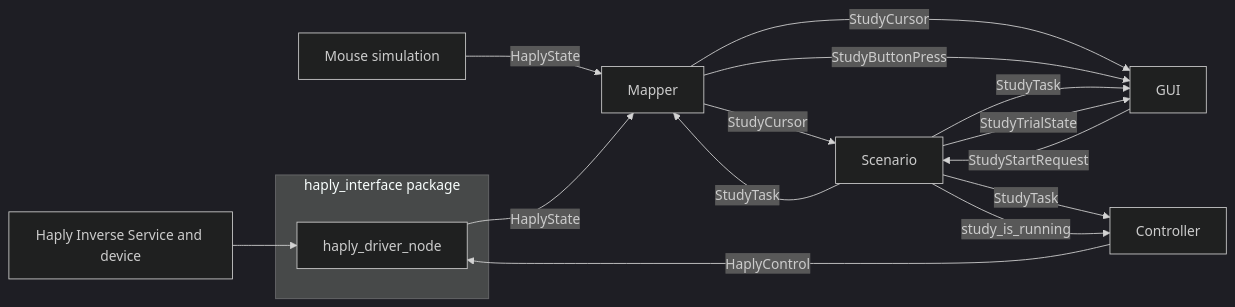
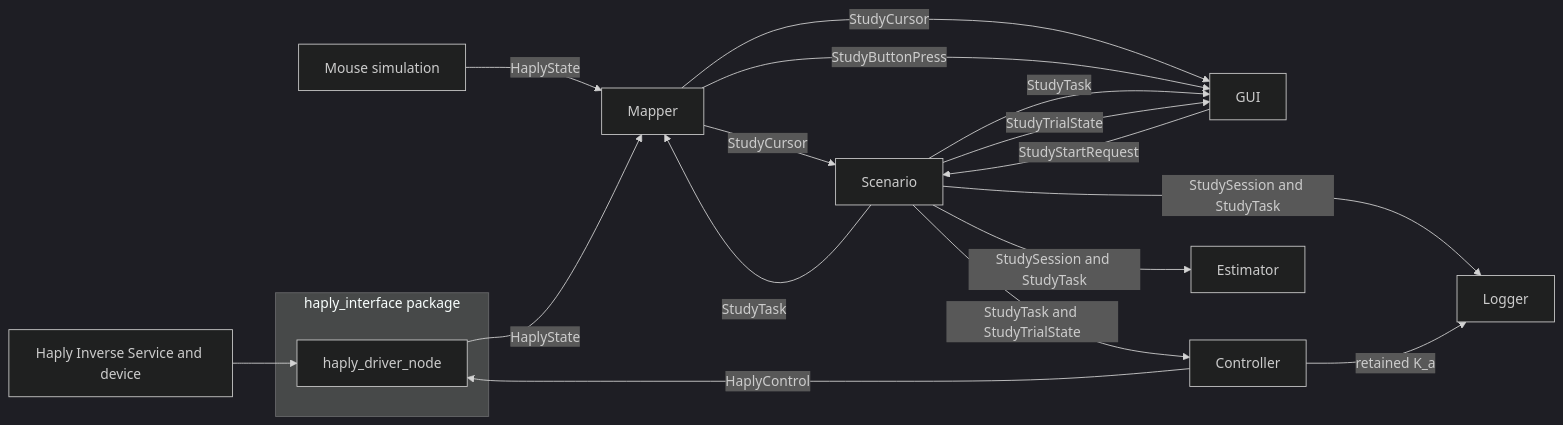
The diagram in src/README.md (ltorquato4/HaplyAdaptiveSharedControl), drawn with Mermaid (dark theme) before and after one commit. The commit also changed other lines of this file and 78 other files, not shown here.

First line of the commit message:
Harden controller lifecycle and add reproducible study analysis (#66)

````diff
--- a/src/README.md
+++ b/src/README.md
@@ -21,19 +23,21 @@
 ```mermaid
 flowchart LR
     Hardware["Haply Inverse Service and device"] --> Driver
     Mouse["Mouse simulation"] -->|"HaplyState"| Mapper
     subgraph HaplyInterface["haply_interface package"]
         Driver["haply_driver_node"]
     end
     Driver -->|"HaplyState"| Mapper
     Mapper -->|"StudyCursor"| Scenario
     Mapper -->|"StudyCursor"| GUI
     Mapper -->|"StudyButtonPress"| GUI
     Scenario -->|"StudyTask"| Mapper
     Scenario -->|"StudyTask"| GUI
-    Scenario -->|"StudyTask"| Controller
+    Scenario -->|"StudyTask and StudyTrialState"| Controller
+    Scenario -->|"StudySession and StudyTask"| Estimator
+    Scenario -->|"StudySession and StudyTask"| Logger
+    Controller -->|"retained K_a"| Logger
     GUI -->|"StudyStartRequest"| Scenario
     Scenario -->|"StudyTrialState"| GUI
-    Scenario -->|"study_is_running"| Controller
     Controller -->|"HaplyControl"| Driver
 ```
````
